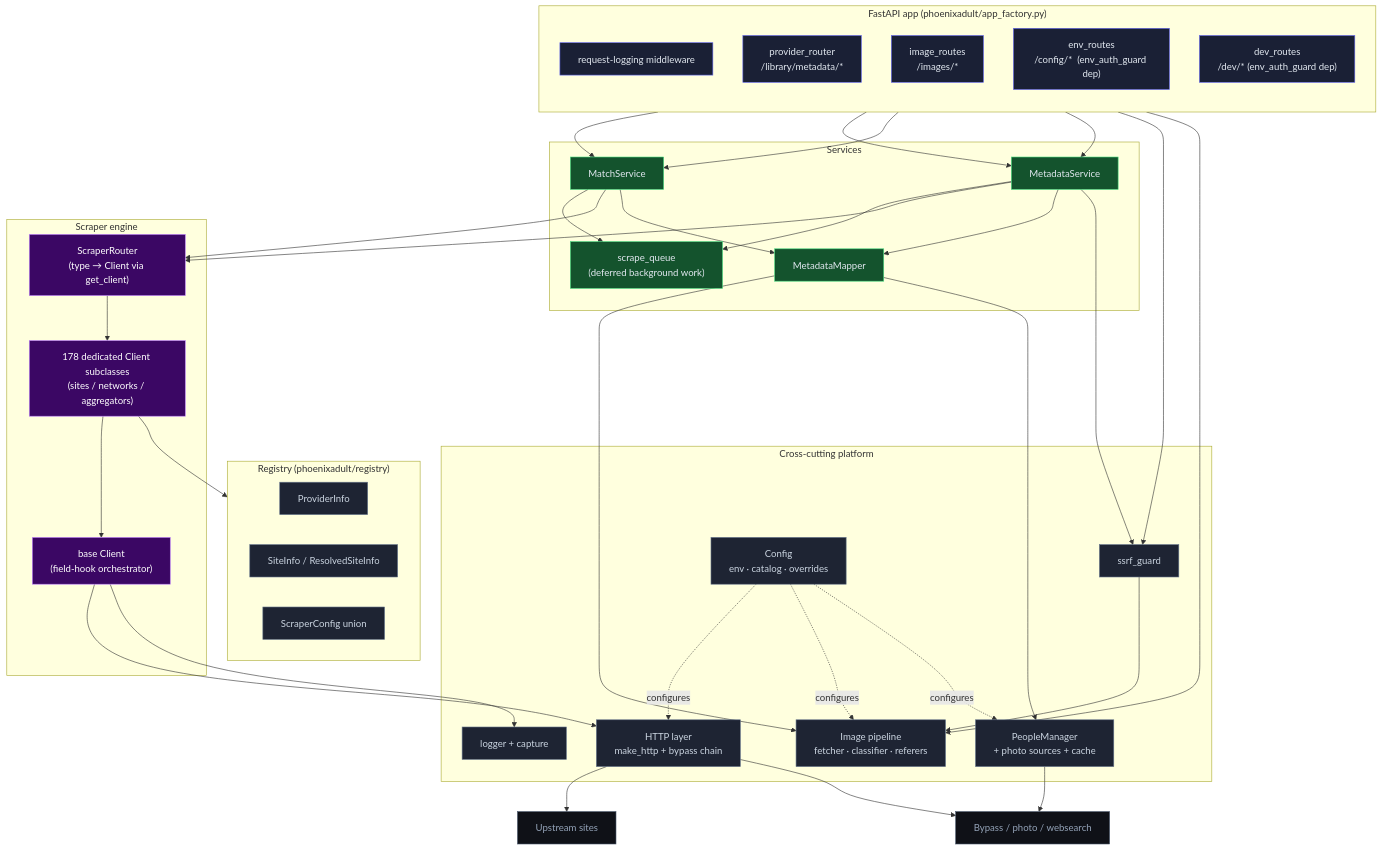
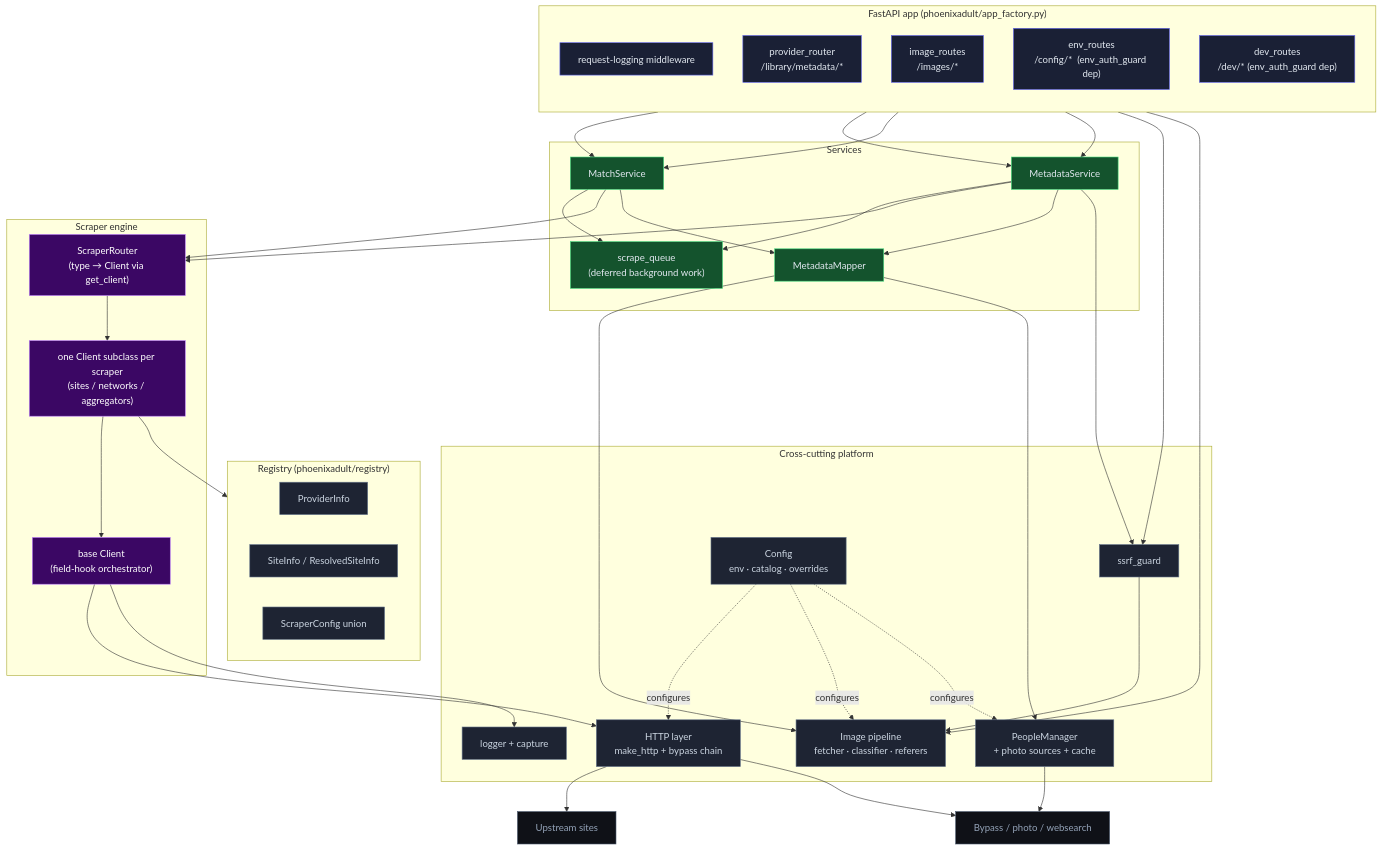
Before and after one commit to PhoenixAdultProvider/PhoenixAdult: the third of 21 diagrams in docs/DESIGN.md, drawn with Mermaid. The commit also changed other lines of this file and 5 other files, not shown here.

````diff
--- a/docs/DESIGN.md
+++ b/docs/DESIGN.md
@@ -136,72 +136,72 @@
 ```mermaid
 flowchart TB
   classDef r fill:#1a2035,stroke:#6366f1,color:#e2e8f0;
   classDef s fill:#14532d,stroke:#4ade80,color:#e2e8f0;
   classDef c fill:#3b0764,stroke:#c084fc,color:#fff;
   classDef u fill:#1e2433,stroke:#64748b,color:#cbd5e1;
   classDef ext fill:#0f1117,stroke:#475569,color:#94a3b8;
 
   subgraph app["FastAPI app (phoenixadult/app_factory.py)"]
     direction TB
     mw["request-logging middleware"]:::r
     pr["provider_router<br/>/library/metadata/*"]:::r
     ir["image_routes<br/>/images/*"]:::r
     cr["env_routes<br/>/config/*  (env_auth_guard dep)"]:::r
     dr["dev_routes<br/>/dev/*  (env_auth_guard dep)"]:::r
   end
 
   subgraph svc["Services"]
     ms["MatchService"]:::s
     md["MetadataService"]:::s
     mm["MetadataMapper"]:::s
     sq["scrape_queue<br/>(deferred background work)"]:::s
   end
 
   subgraph scr["Scraper engine"]
     srt["ScraperRouter<br/>(type → Client via get_client)"]:::c
-    cli["178 dedicated Client subclasses<br/>(sites / networks / aggregators)"]:::c
+    cli["one Client subclass per scraper<br/>(sites / networks / aggregators)"]:::c
     base["base Client<br/>(field-hook orchestrator)"]:::c
   end
 
   subgraph reg["Registry (phoenixadult/registry)"]
     prov["ProviderInfo"]:::u
     site["SiteInfo / ResolvedSiteInfo"]:::u
     scfg["ScraperConfig union"]:::u
   end
 
   subgraph plat["Cross-cutting platform"]
     http["HTTP layer<br/>make_http + bypass chain"]:::u
     ssrf["ssrf_guard"]:::u
     img["Image pipeline<br/>fetcher · classifier · referers"]:::u
     ppl["PeopleManager<br/>+ photo sources + cache"]:::u
     cfg["Config<br/>env · catalog · overrides"]:::u
     log["logger + capture"]:::u
   end
 
   ext1["Upstream sites"]:::ext
   ext2["Bypass / photo / websearch"]:::ext
 
   pr --> ms & md
   dr --> ms & md
   ms --> sq
   md --> sq
   ms --> srt
   md --> srt
   ms --> mm
   md --> mm
   srt --> cli --> base
   cli --> reg
   base --> http
   ir --> ssrf --> img
   ir --> img
   mm --> img
   mm --> ppl
   md --> ssrf
   http --> ext1
   http --> ext2
   ppl --> ext2
   base --> log
   cfg -. configures .-> http
   cfg -. configures .-> img
   cfg -. configures .-> ppl
 ```
````
